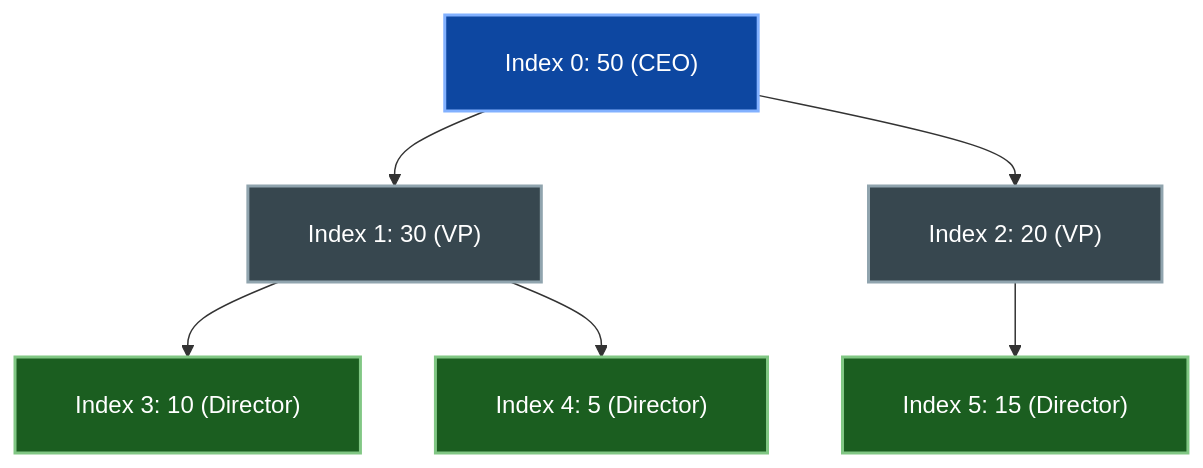
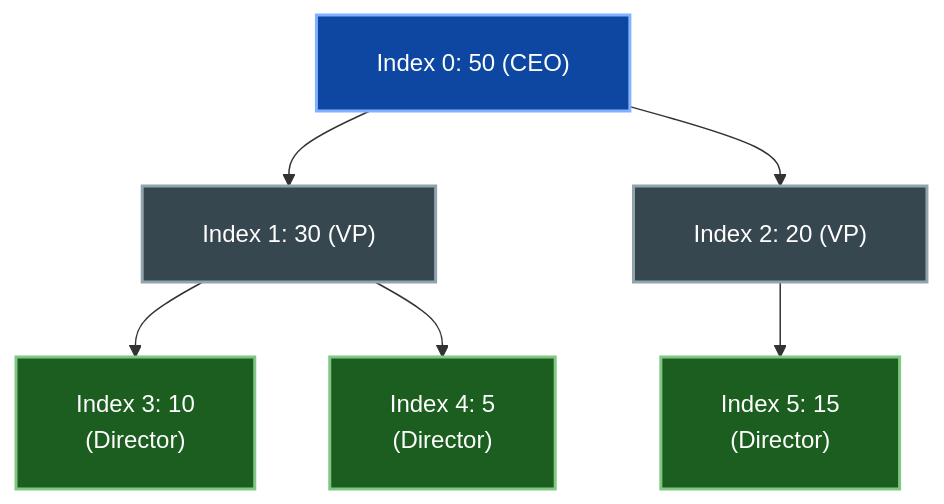
One commit to dip4k/DSA_102 changed the first of 2 diagrams in week_03_foundations_iii_sorting_and_hashing/Week_03_Day_03_Heaps_Heapify_Heap_Sort_Instructional.md. Above: the diagram before and after it, drawn with Mermaid. The commit also changed other lines of this file and 106 other files, not shown here.

First line of the commit message:
fix(mermaid): prevent text clipping with foreignObject overflow and tighter line wrapping

````diff
--- a/week_03_foundations_iii_sorting_and_hashing/Week_03_Day_03_Heaps_Heapify_Heap_Sort_Instructional.md
+++ b/week_03_foundations_iii_sorting_and_hashing/Week_03_Day_03_Heaps_Heapify_Heap_Sort_Instructional.md
@@ -78,20 +78,20 @@
 ```mermaid
-%%{init: {"flowchart": {"htmlLabels": true, "padding": 20}}}%%
+%%{init: {"flowchart": {"htmlLabels": true, "padding": 20}, "themeCSS": "foreignObject { overflow: visible !important; }"}}%%
 flowchart TD
     N50["Index 0: 50 (CEO)"]:::rootNode
     N30["Index 1: 30 (VP)"]:::internalNode
     N20["Index 2: 20 (VP)"]:::internalNode
-    N10["Index 3: 10 (Director)"]:::leafNode
-    N5["Index 4: 5 (Director)"]:::leafNode
-    N15["Index 5: 15 (Director)"]:::leafNode
+    N10["Index 3: 10<br/>(Director)"]:::leafNode
+    N5["Index 4: 5<br/>(Director)"]:::leafNode
+    N15["Index 5: 15<br/>(Director)"]:::leafNode
 
     N50 --> N30
     N50 --> N20
     N30 --> N10
     N30 --> N5
     N20 --> N15
 
     classDef rootNode fill:#0d47a1,stroke:#82b1ff,stroke-width:2px,color:#ffffff
     classDef internalNode fill:#37474f,stroke:#90a4ae,stroke-width:2px,color:#ffffff
     classDef leafNode fill:#1b5e20,stroke:#81c784,stroke-width:2px,color:#ffffff
 ```
````
